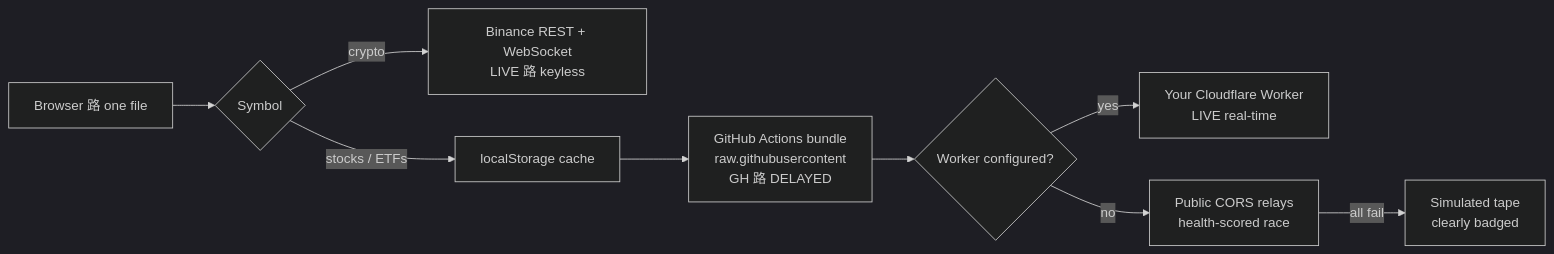
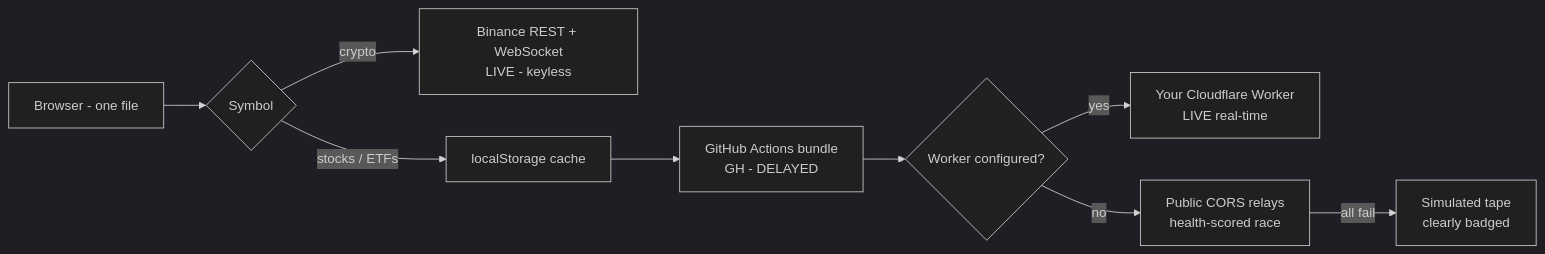
The diagram in README.md (KBgirishHB/Onepercentage), drawn with Mermaid (dark theme) before and after one commit. The commit also changed other lines of this file and 3 other files, not shown here.

````diff
--- a/README.md
+++ b/README.md
@@ -109,11 +96,11 @@
 ```mermaid
 flowchart LR
-    U[Browser 路 one file] --> Q{Symbol}
-    Q -- crypto --> B[Binance REST + WebSocket<br/>LIVE 路 keyless]
+    U[Browser - one file] --> Q{Symbol}
+    Q -- crypto --> B[Binance REST + WebSocket<br/>LIVE - keyless]
     Q -- stocks / ETFs --> C[localStorage cache]
-    C --> G[GitHub Actions bundle<br/>raw.githubusercontent<br/>GH 路 DELAYED]
+    C --> G[GitHub Actions bundle<br/>GH - DELAYED]
     G --> W{Worker configured?}
     W -- yes --> WR[Your Cloudflare Worker<br/>LIVE real-time]
     W -- no --> R[Public CORS relays<br/>health-scored race]
     R -- all fail --> S[Simulated tape<br/>clearly badged]
 ```
````
